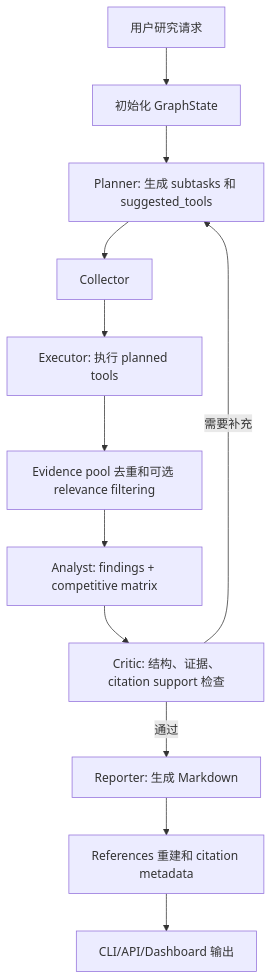
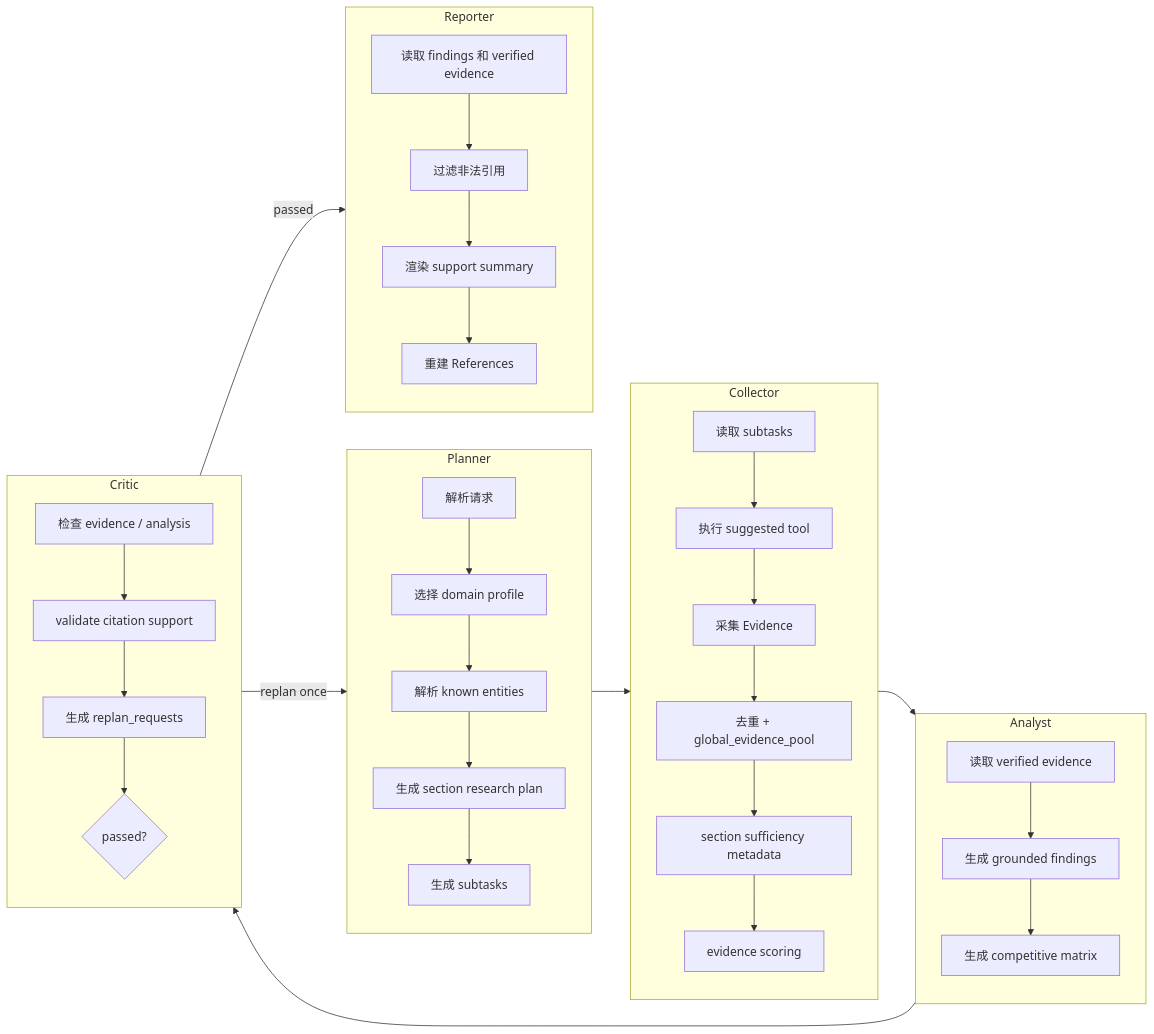
Before and after one commit to Caser-86/InsightGraph: the second of 3 diagrams in README.md, drawn with Mermaid. The commit also changed other lines of this file, not shown here.

````diff
--- a/README.md
+++ b/README.md
@@ -128,14 +164,40 @@
 ```mermaid
-flowchart TD
-    A[用户研究请求] --> B[初始化 GraphState]
-    B --> C[Planner: 生成 subtasks 和 suggested_tools]
-    C --> D[Collector]
-    D --> E[Executor: 执行 planned tools]
-    E --> F[Evidence pool 去重和可选 relevance filtering]
-    F --> G[Analyst: findings + competitive matrix]
-    G --> H[Critic: 结构、证据、citation support 检查]
-    H -->|需要补充| C
-    H -->|通过| I[Reporter: 生成 Markdown]
-    I --> J[References 重建和 citation metadata]
-    J --> K[CLI/API/Dashboard 输出]
+flowchart LR
+    subgraph Planner
+        P1[解析请求] --> P2[选择 domain profile]
+        P2 --> P3[解析 known entities]
+        P3 --> P4[生成 section research plan]
+        P4 --> P5[生成 subtasks]
+    end
+
+    subgraph Collector
+        E1[读取 subtasks] --> E2[执行 suggested tool]
+        E2 --> E3[采集 Evidence]
+        E3 --> E4[去重 + global_evidence_pool]
+        E4 --> E5[section sufficiency metadata]
+        E5 --> E6[evidence scoring]
+    end
+
+    subgraph Analyst
+        A1[读取 verified evidence] --> A2[生成 grounded findings]
+        A2 --> A3[生成 competitive matrix]
+    end
+
+    subgraph Critic
+        C1[检查 evidence / analysis] --> C2[validate citation support]
+        C2 --> C3[生成 replan_requests]
+        C3 --> C4{passed?}
+    end
+
+    subgraph Reporter
+        R1[读取 findings 和 verified evidence] --> R2[过滤非法引用]
+        R2 --> R3[渲染 support summary]
+        R3 --> R4[重建 References]
+    end
+
+    Planner --> Collector
+    Collector --> Analyst
+    Analyst --> Critic
+    Critic -->|replan once| Planner
+    Critic -->|passed| Reporter
 ```
````
